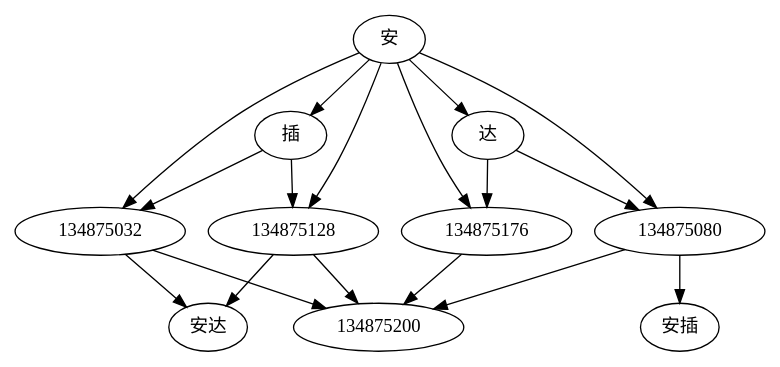
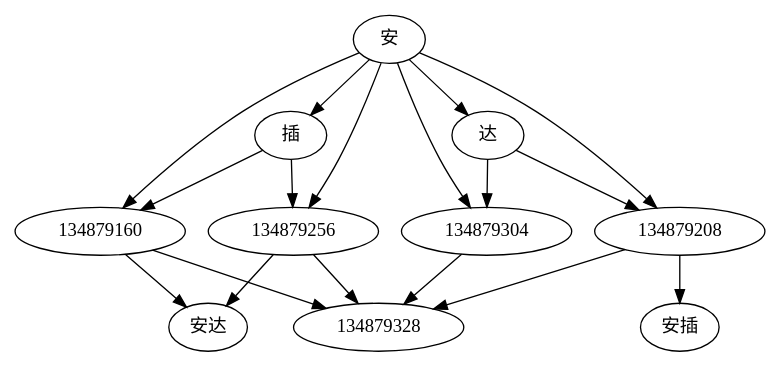
The diagram in era/data/wordspic.dot (barnabuschen/nero), drawn with Graphviz before and after one commit. The commit also changed 23 other files, not shown here.

```diff
--- a/era/data/wordspic.dot
+++ b/era/data/wordspic.dot
@@ -1,21 +1,21 @@
 digraph graphname {
 
-	安 -> 134875032;
+	安 -> 134879160;
 	安 -> 插;
-	安 -> 134875080;
+	安 -> 134879208;
 	安 -> 达;
-	安 -> 134875128;
-	安 -> 134875176;
-	插 -> 134875032;
-	插 -> 134875128;
-	达 -> 134875080;
-	达 -> 134875176;
-	134875032 -> 134875200;
-	134875032 ->  安达;
-	134875080 -> 134875200;
-	134875080 ->  安插;
-	134875128 -> 134875200;
-	134875128 ->  安达;
-	134875176 -> 134875200;
+	安 -> 134879256;
+	安 -> 134879304;
+	插 -> 134879160;
+	插 -> 134879256;
+	达 -> 134879208;
+	达 -> 134879304;
+	134879160 -> 134879328;
+	134879160 ->  安达;
+	134879208 -> 134879328;
+	134879208 ->  安插;
+	134879256 -> 134879328;
+	134879256 ->  安达;
+	134879304 -> 134879328;
 
 }
```
